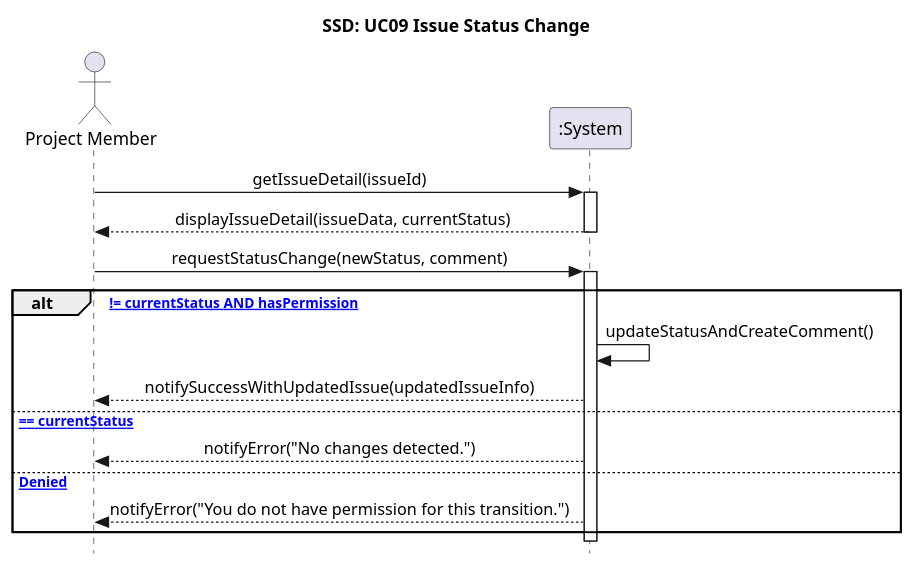
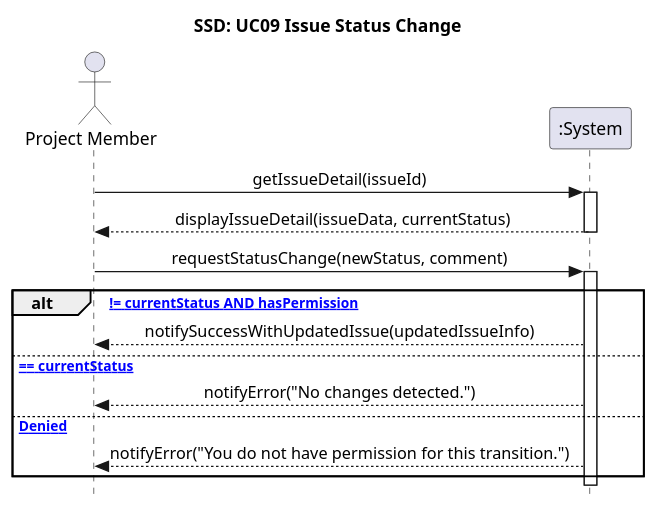
Before and after one commit to SoftwareEngineeringTeam10/SE-IssueTrackingSystem: the diagram in docs/analysis/ssd/ssd_uc09_issue_status_change.puml, drawn with PlantUML. The commit also changed 4 other files, not shown here.

Commit message:
docs : 피드백 반영 완료(class diagram, UC09 ssd+oc)

```diff
--- a/docs/analysis/ssd/ssd_uc09_issue_status_change.puml
+++ b/docs/analysis/ssd/ssd_uc09_issue_status_change.puml
@@ -1,41 +1,40 @@
 @startuml
 skinparam style strictuml
 skinparam sequenceMessageAlign center
 
 actor "Project Member" as User
 participant ":System" as System
 
 title SSD: UC09 Issue Status Change
 
 ' ----------------------------------------------------
 ' [사전 단계] 이슈 정보 조회
 ' ----------------------------------------------------
 User -> System : getIssueDetail(issueId)
 activate System
 System --> User : displayIssueDetail(issueData, currentStatus)
 deactivate System
 
 ' ----------------------------------------------------
 ' [핵심 단계] 상태 변경 요청
 ' ----------------------------------------------------
 User -> System : requestStatusChange(newStatus, comment)
 activate System
 
 ' alt 박스를 사용하여 성공과 실패 시나리오를 한꺼번에 표현
 alt [newStatus != currentStatus AND hasPermission]
     ' 성공 케이스
-    System -> System : updateStatusAndCreateComment()
     System --> User : notifySuccessWithUpdatedIssue(updatedIssueInfo)
 
 else [newStatus == currentStatus]
     ' 예외 케이스 1: 변경 사항 없음
     System --> User : notifyError("No changes detected.")
 
 else [Permission Denied]
     ' 예외 케이스 2: 권한 부족 (예: 개발자가 Closed로 바꾸려 할 때)
     System --> User : notifyError("You do not have permission for this transition.")
 end
 
 deactivate System
 
 @enduml
```
